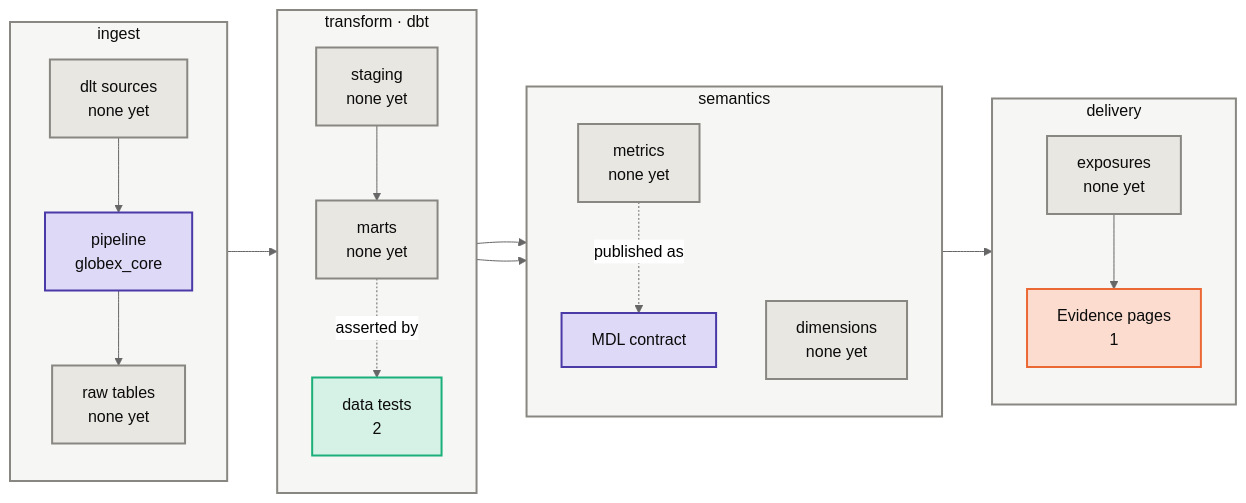
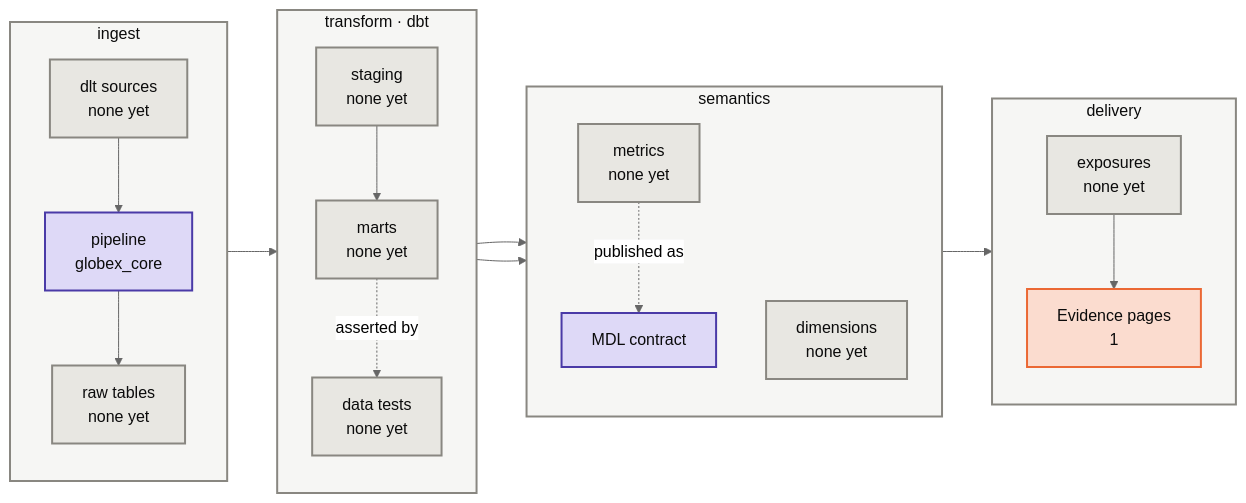
Before and after one commit to Atomz-org/data-platform: the first of 2 diagrams in groups/globex/projects/globex-core/kg/architecture.md, drawn with Mermaid (neutral theme). The commit also changed other lines of this file and 17 other files, not shown here.

First line of the commit message:
Rebuild the graphs and maps CI checks, for what this PR touches

````diff
--- a/groups/globex/projects/globex-core/kg/architecture.md
+++ b/groups/globex/projects/globex-core/kg/architecture.md
@@ -10,41 +10,41 @@
 ```mermaid
 flowchart LR
     subgraph LI["ingest"]
         direction TB
         I1["dlt sources<br/>none yet"]:::neutral
         I2["pipeline<br/>globex_core"]:::platform
         I3["raw tables<br/>none yet"]:::neutral
     end
     subgraph LT["transform · dbt"]
         direction TB
         T1["staging<br/>none yet"]:::neutral
         T2["marts<br/>none yet"]:::neutral
-        T3["data tests<br/>2"]:::model
+        T3["data tests<br/>none yet"]:::neutral
     end
     subgraph LS["semantics"]
         direction TB
         S1["metrics<br/>none yet"]:::neutral
         S2["dimensions<br/>none yet"]:::neutral
         S3["MDL contract"]:::platform
     end
     subgraph LD["delivery"]
         direction TB
         D1["exposures<br/>none yet"]:::neutral
         D2["Evidence pages<br/>1"]:::exposure
     end
     I1 --> I2 --> I3 --> T1 --> T2
     T2 --> S1 --> D1 --> D2
     T2 --> S2
     S1 -.published as.-> S3
     T2 -.asserted by.-> T3
     classDef ingress fill:#cde2fb,stroke:#2a78d6,stroke-width:2px,color:#0b0b0b
     classDef platform fill:#ded9f7,stroke:#4a3aa7,stroke-width:2px,color:#0b0b0b
     classDef raw fill:#fbe8bd,stroke:#eda100,stroke-width:2px,color:#0b0b0b
     classDef model fill:#d6f2e6,stroke:#1baf7a,stroke-width:2px,color:#0b0b0b
     classDef metric fill:#fadfe8,stroke:#e87ba4,stroke-width:2px,color:#0b0b0b
     classDef exposure fill:#fbdccf,stroke:#eb6834,stroke-width:2px,color:#0b0b0b
     classDef neutral fill:#e8e7e2,stroke:#898781,stroke-width:2px,color:#0b0b0b
     classDef project fill:#e3eefc,stroke:#2a78d6,stroke-width:2px,color:#0b0b0b
     classDef lane fill:#f6f6f4,stroke:#898781,stroke-width:2px,color:#0b0b0b
     class LI,LT,LS,LD lane
 ```
````
